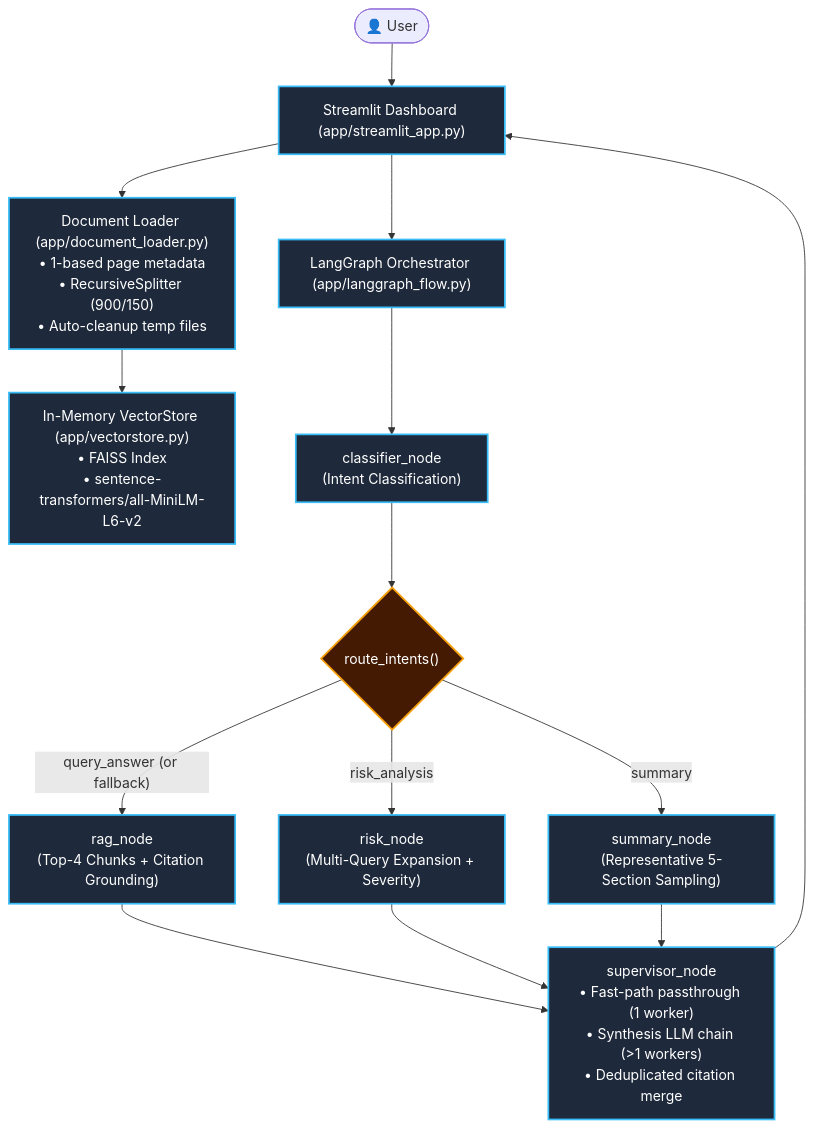
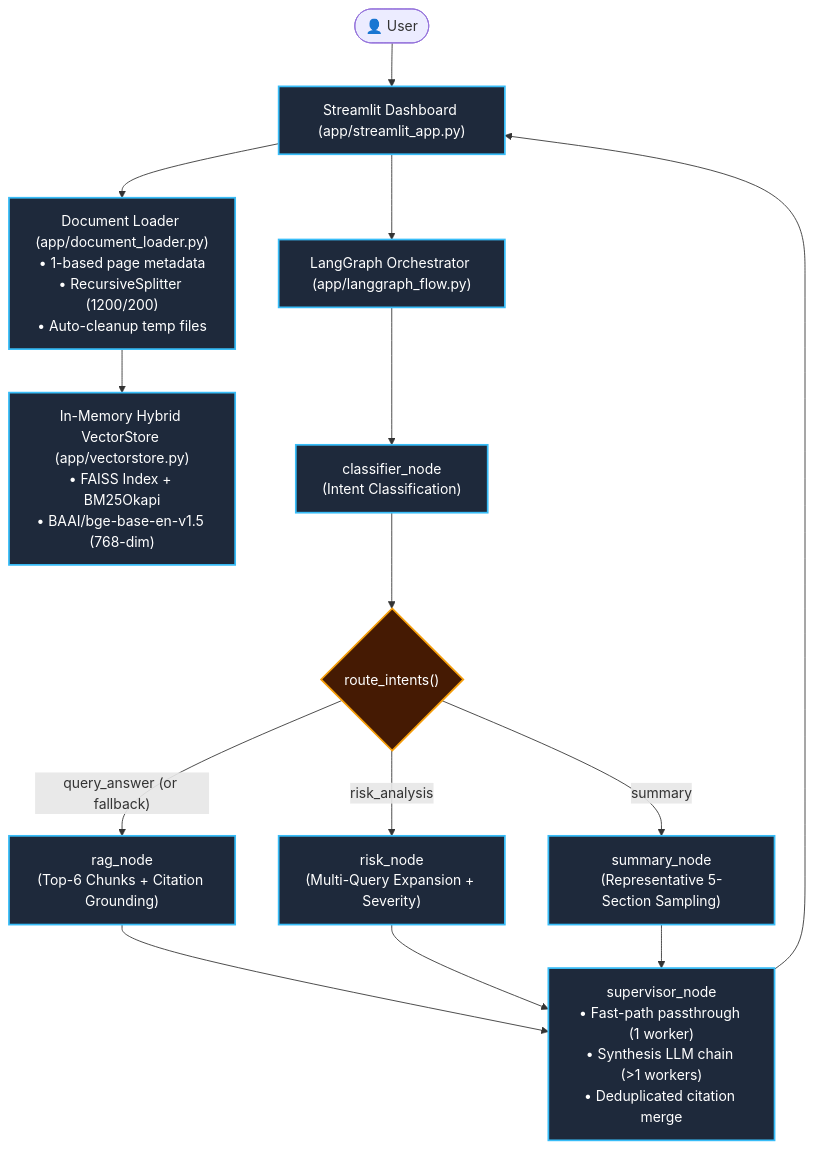
Before and after one commit to sawanrepo/Contract-review-bot: the first of 2 diagrams in README.md, drawn with Mermaid. The commit also changed other lines of this file and 26 other files, not shown here.

Commit message:
upgrade to BGE-based dual-query hybrid retrieval

````diff
--- a/README.md
+++ b/README.md
@@ -32,25 +35,25 @@
 ```mermaid
 flowchart TD
     User(["👤 User"]) --> UI["Streamlit Dashboard (app/streamlit_app.py)"]
-    UI --> Loader["Document Loader (app/document_loader.py)\n• 1-based page metadata\n• RecursiveSplitter (900/150)\n• Auto-cleanup temp files"]
-    Loader --> VStore["In-Memory VectorStore (app/vectorstore.py)\n• FAISS Index\n• sentence-transformers/all-MiniLM-L6-v2"]
+    UI --> Loader["Document Loader (app/document_loader.py)\n• 1-based page metadata\n• RecursiveSplitter (1200/200)\n• Auto-cleanup temp files"]
+    Loader --> VStore["In-Memory Hybrid VectorStore (app/vectorstore.py)\n• FAISS Index + BM25Okapi\n• BAAI/bge-base-en-v1.5 (768-dim)"]
     
     UI --> Graph["LangGraph Orchestrator (app/langgraph_flow.py)"]
     Graph --> Classifier["classifier_node\n(Intent Classification)"]
     Classifier --> Router{"route_intents()"}
     
-    Router -->|"query_answer (or fallback)"| RAGNode["rag_node\n(Top-4 Chunks + Citation Grounding)"]
+    Router -->|"query_answer (or fallback)"| RAGNode["rag_node\n(Top-6 Chunks + Citation Grounding)"]
     Router -->|"risk_analysis"| RiskNode["risk_node\n(Multi-Query Expansion + Severity)"]
     Router -->|"summary"| SummaryNode["summary_node\n(Representative 5-Section Sampling)"]
     
     RAGNode --> Supervisor["supervisor_node\n• Fast-path passthrough (1 worker)\n• Synthesis LLM chain (>1 workers)\n• Deduplicated citation merge"]
     RiskNode --> Supervisor
     SummaryNode --> Supervisor
     
     Supervisor --> UI
     
     classDef comp fill:#1e293b,stroke:#38bdf8,stroke-width:2px,color:#ffffff;
     classDef router fill:#451a03,stroke:#f59e0b,stroke-width:2px,color:#ffffff;
     class UI,Loader,VStore,Graph,Classifier,RAGNode,RiskNode,SummaryNode,Supervisor comp;
     class Router router;
 ```
````
